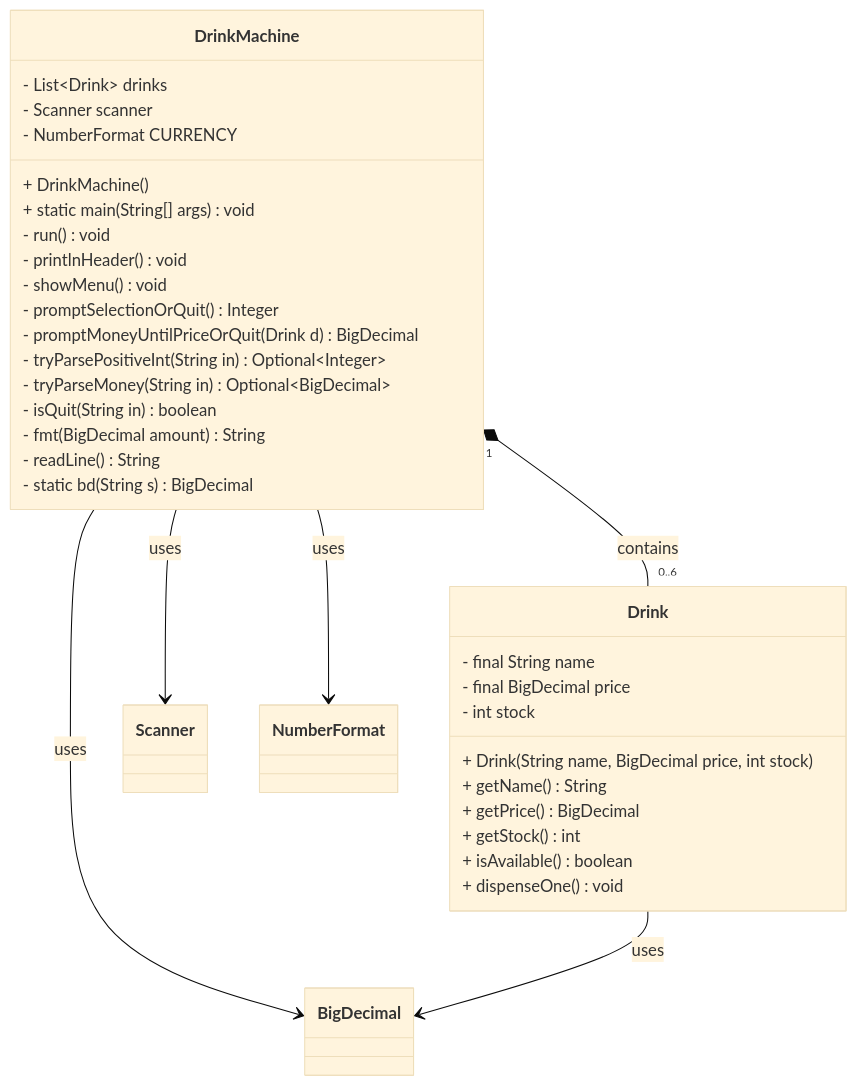
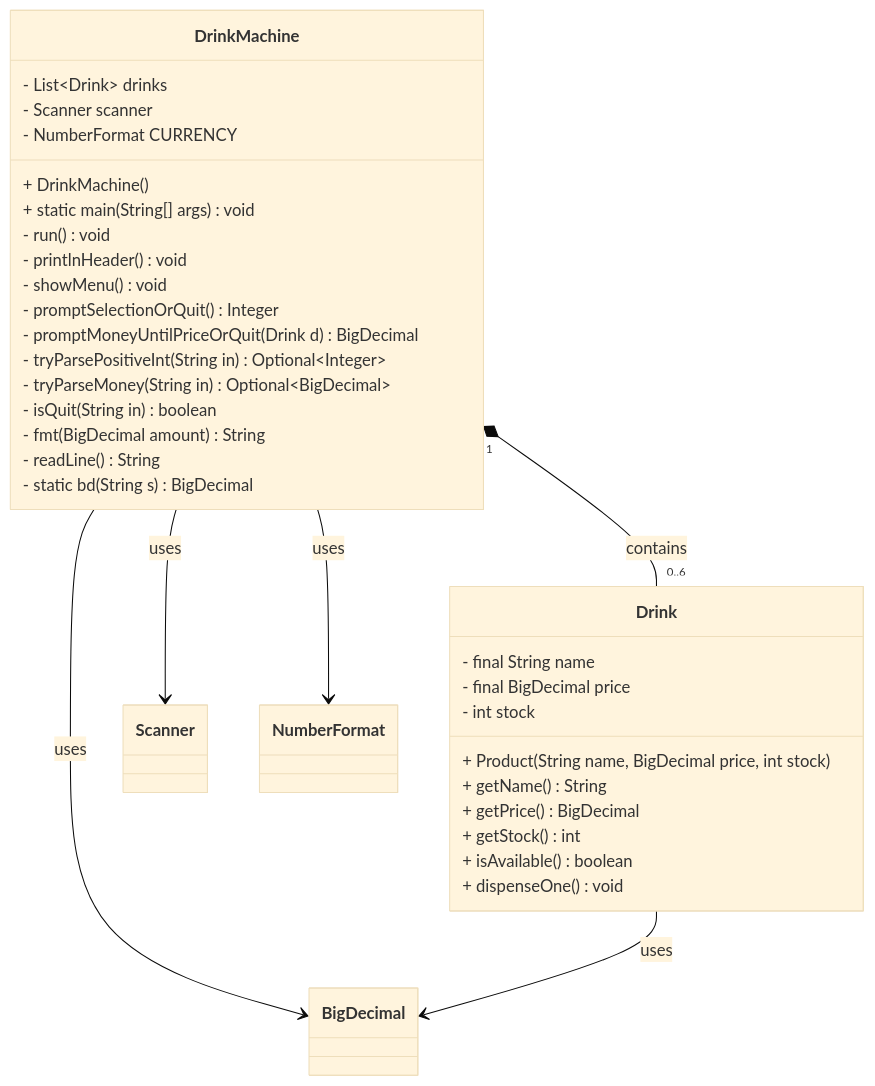
Before and after one commit to IlyaBashlyaev/DrinkMachine: the first of 4 diagrams in Dokumentation/UML_alt.md, drawn with Mermaid (base theme). The commit also changed other lines of this file and 8 other files, not shown here.

````diff
--- a/Dokumentation/UML_alt.md
+++ b/Dokumentation/UML_alt.md
@@ -9,42 +9,42 @@
 ```mermaid
 classDiagram
     class DrinkMachine {
         - List~Drink~ drinks
         - Scanner scanner
         - NumberFormat CURRENCY
         
         + DrinkMachine()
         + static main(String[] args) void
         
         - run() void
         - printlnHeader() void
         - showMenu() void
         - promptSelectionOrQuit() Integer
         - promptMoneyUntilPriceOrQuit(Drink d) BigDecimal
         - tryParsePositiveInt(String in) Optional~Integer~
         - tryParseMoney(String in) Optional~BigDecimal~
         - isQuit(String in) boolean
         - fmt(BigDecimal amount) String
         - readLine() String
         - static bd(String s) BigDecimal
     }
     
     class Drink {
         - final String name
         - final BigDecimal price
         - int stock
         
-        + Drink(String name, BigDecimal price, int stock)
+        + Product(String name, BigDecimal price, int stock)
         + getName() String
         + getPrice() BigDecimal
         + getStock() int
         + isAvailable() boolean
         + dispenseOne() void
     }
     
     DrinkMachine "1" *-- "0..6" Drink : contains
     DrinkMachine --> Scanner : uses
     DrinkMachine --> NumberFormat : uses
     DrinkMachine --> BigDecimal : uses
     Drink --> BigDecimal : uses
 ```
````
